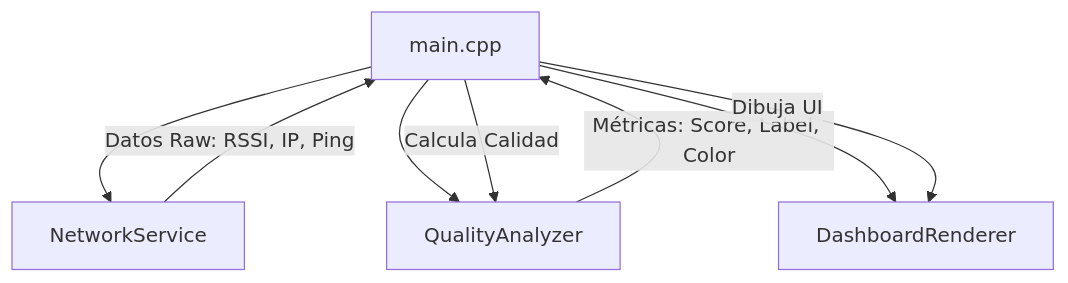
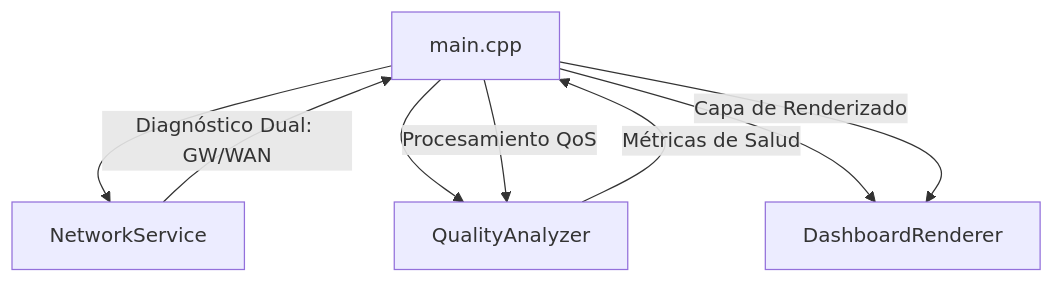
The diagram in README.md (CCuetoC/wifi-quality-monitor-esp32c6), drawn with Mermaid before and after one commit. The commit also changed other lines of this file, not shown here.

````diff
--- a/README.md
+++ b/README.md
@@ -27,11 +28,11 @@
 ```mermaid
 graph TD
     A[main.cpp] --> B[NetworkService]
     A --> C[QualityAnalyzer]
     A --> D[DashboardRenderer]
     
-    B -->|Datos Raw: RSSI, IP, Ping| A
-    A -->|Calcula Calidad| C
-    C -->|Métricas: Score, Label, Color| A
-    A -->|Dibuja UI| D
+    B -->|Diagnóstico Dual: GW/WAN| A
+    A -->|Procesamiento QoS| C
+    C -->|Métricas de Salud| A
+    A -->|Capa de Renderizado| D
 ```
````
